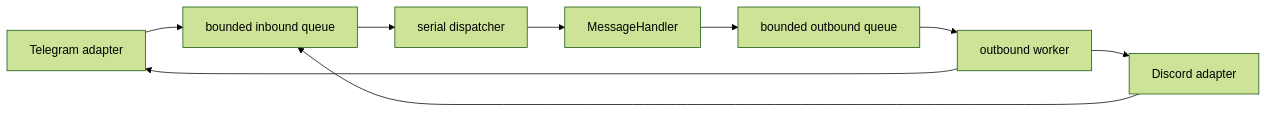
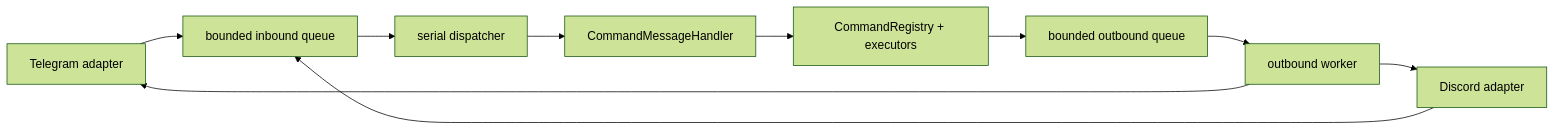
One commit to Chiloven945/lukosbot-rs changed the second of 2 diagrams in docs/architecture.md. Above: the diagram before and after it, drawn with Mermaid (forest theme). The commit also changed other lines of this file and 57 other files, not shown here.

Commit message:
feat: add command engine and basic commands

````diff
--- a/docs/architecture.md
+++ b/docs/architecture.md
@@ -42,11 +55,12 @@
 ```mermaid
 flowchart LR
     TG["Telegram adapter"] --> IN["bounded inbound queue"]
     DC["Discord adapter"] --> IN
     IN --> DISP["serial dispatcher"]
-    DISP --> HANDLER["MessageHandler"]
-    HANDLER --> OUT["bounded outbound queue"]
+    DISP --> HANDLER["CommandMessageHandler"]
+    HANDLER --> ENGINE["CommandRegistry + executors"]
+    ENGINE --> OUT["bounded outbound queue"]
     OUT --> ROUTER["outbound worker"]
     ROUTER --> TG
     ROUTER --> DC
 ```
````
